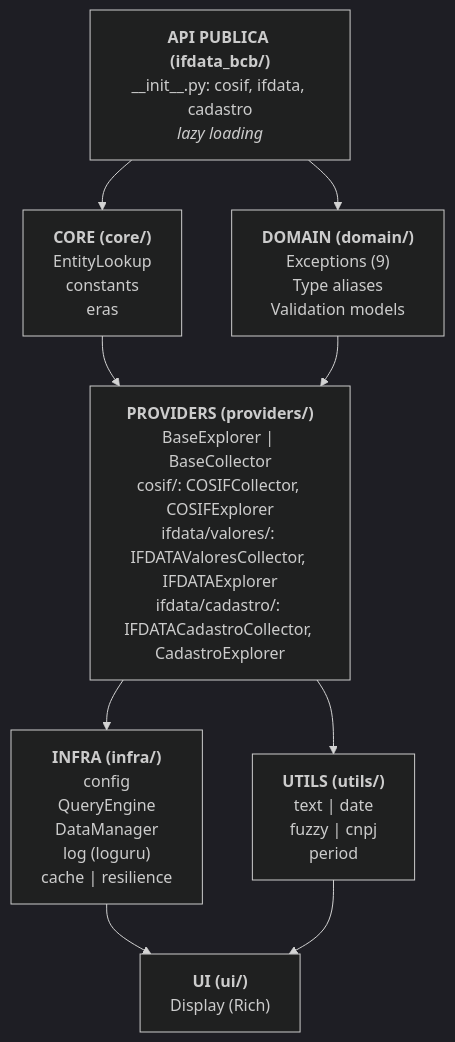
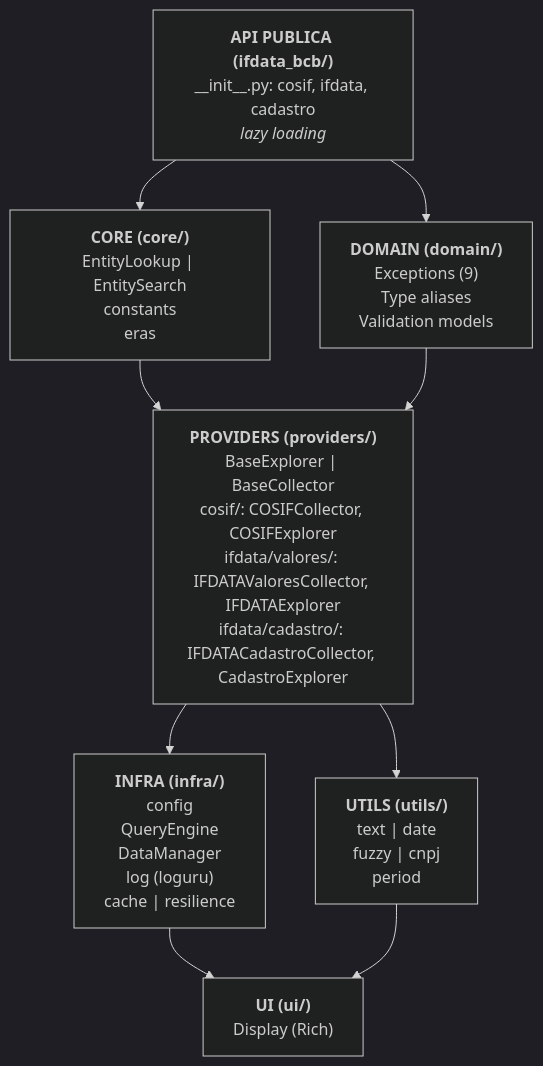
One commit to enzoomoreira/ifdata-bcb changed the first of 2 diagrams in docs/internals/architecture.md. Above: the diagram before and after it, drawn with Mermaid (dark theme). The commit also changed other lines of this file and 26 other files, not shown here.

First line of the commit message:
refactor!: decompose entity_lookup into entity/ package, extract cadastro search

````diff
--- a/docs/internals/architecture.md
+++ b/docs/internals/architecture.md
@@ -7,15 +7,15 @@
 ```mermaid
 graph TD
     API["<b>API PUBLICA (ifdata_bcb/)</b><br/>__init__.py: cosif, ifdata, cadastro<br/><i>lazy loading</i>"]
-    CORE["<b>CORE (core/)</b><br/>EntityLookup<br/>constants<br/>eras"]
+    CORE["<b>CORE (core/)</b><br/>EntityLookup | EntitySearch<br/>constants<br/>eras"]
     DOMAIN["<b>DOMAIN (domain/)</b><br/>Exceptions (9)<br/>Type aliases<br/>Validation models"]
     PROVIDERS["<b>PROVIDERS (providers/)</b><br/>BaseExplorer | BaseCollector<br/>cosif/: COSIFCollector, COSIFExplorer<br/>ifdata/valores/: IFDATAValoresCollector, IFDATAExplorer<br/>ifdata/cadastro/: IFDATACadastroCollector, CadastroExplorer"]
     INFRA["<b>INFRA (infra/)</b><br/>config<br/>QueryEngine<br/>DataManager<br/>log (loguru)<br/>cache | resilience"]
     UTILS["<b>UTILS (utils/)</b><br/>text | date<br/>fuzzy | cnpj<br/>period"]
     UI["<b>UI (ui/)</b><br/>Display (Rich)"]
 
     API --> CORE & DOMAIN
     CORE & DOMAIN --> PROVIDERS
     PROVIDERS --> INFRA & UTILS
     INFRA & UTILS --> UI
 ```
````
